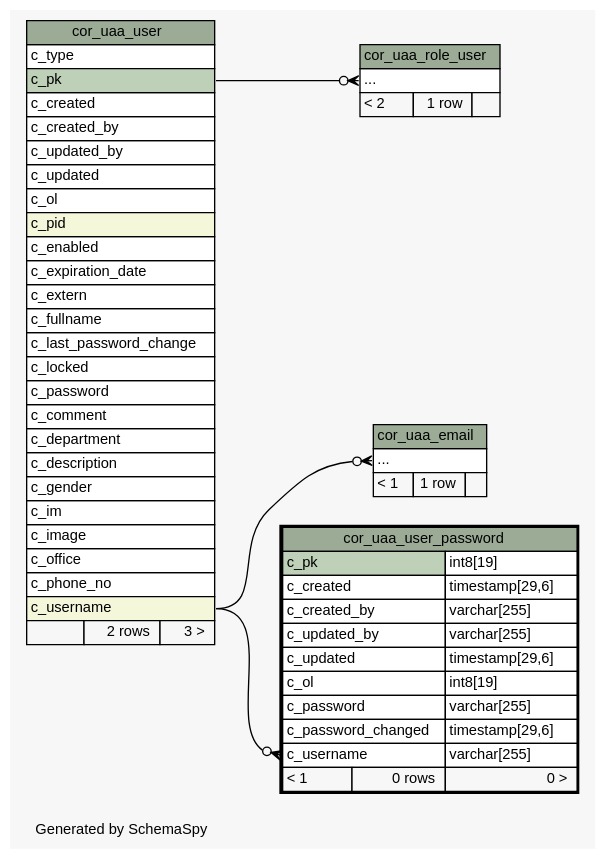
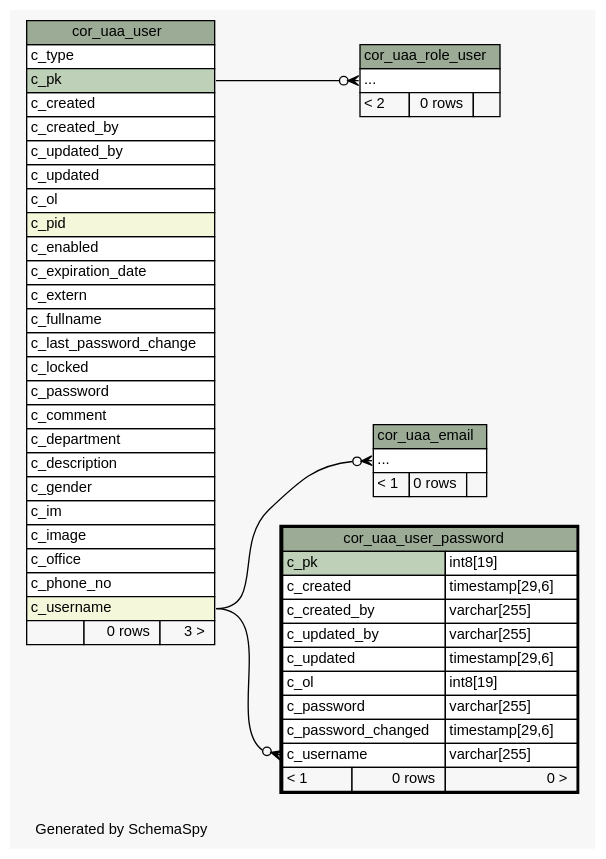
Before and after one commit to openwms/org.openwms.core.uaa: the diagram in 2.0.0-SNAPSHOT/schemaspy/diagrams/cor_uaa_user_password.2degrees.dot, drawn with Graphviz. The commit also changed 352 other files, not shown here.

```diff
--- a/2.0.0-SNAPSHOT/schemaspy/diagrams/cor_uaa_user_password.2degrees.dot
+++ b/2.0.0-SNAPSHOT/schemaspy/diagrams/cor_uaa_user_password.2degrees.dot
@@ -1,96 +1,96 @@
-// dot 2.43.0 on Linux 5.13.0-1029-azure
+// dot 2.43.0 on Linux 5.15.0-1020-azure
 // SchemaSpy rev Unknown
 digraph "twoDegreesRelationshipsDiagram" {
   graph [
     rankdir="RL"
     bgcolor="#f7f7f7"
     label="\nGenerated by SchemaSpy"
     labeljust="l"
     nodesep="0.18"
     ranksep="0.46"
     fontname="Helvetica"
     fontsize="11"
   ];
   node [
     fontname="Helvetica"
     fontsize="11"
     shape="plaintext"
   ];
   edge [
     arrowsize="0.8"
   ];
   "cor_uaa_email":"elipses":w -> "cor_uaa_user":"c_username":e [arrowhead=none dir=back arrowtail=crowodot];
   "cor_uaa_role_user":"elipses":w -> "cor_uaa_user":"c_pk":e [arrowhead=none dir=back arrowtail=crowodot];
   "cor_uaa_user_password":"c_username":w -> "cor_uaa_user":"c_username":e [arrowhead=none dir=back arrowtail=crowodot];
   "cor_uaa_email" [
     label=<
     <TABLE BORDER="0" CELLBORDER="1" CELLSPACING="0" BGCOLOR="#ffffff">
       <TR><TD COLSPAN="3" BGCOLOR="#9bab96" ALIGN="CENTER">cor_uaa_email</TD></TR>
       <TR><TD PORT="elipses" COLSPAN="3" ALIGN="LEFT">...</TD></TR>
-      <TR><TD ALIGN="LEFT" BGCOLOR="#f7f7f7">&lt; 1</TD><TD ALIGN="RIGHT" BGCOLOR="#f7f7f7">1 row</TD><TD ALIGN="RIGHT" BGCOLOR="#f7f7f7">  </TD></TR>
+      <TR><TD ALIGN="LEFT" BGCOLOR="#f7f7f7">&lt; 1</TD><TD ALIGN="RIGHT" BGCOLOR="#f7f7f7">0 rows</TD><TD ALIGN="RIGHT" BGCOLOR="#f7f7f7">  </TD></TR>
     </TABLE>>
     URL="cor_uaa_email.html"
     tooltip="cor_uaa_email"
   ];
   "cor_uaa_role_user" [
     label=<
     <TABLE BORDER="0" CELLBORDER="1" CELLSPACING="0" BGCOLOR="#ffffff">
       <TR><TD COLSPAN="3" BGCOLOR="#9bab96" ALIGN="CENTER">cor_uaa_role_user</TD></TR>
       <TR><TD PORT="elipses" COLSPAN="3" ALIGN="LEFT">...</TD></TR>
-      <TR><TD ALIGN="LEFT" BGCOLOR="#f7f7f7">&lt; 2</TD><TD ALIGN="RIGHT" BGCOLOR="#f7f7f7">1 row</TD><TD ALIGN="RIGHT" BGCOLOR="#f7f7f7">  </TD></TR>
+      <TR><TD ALIGN="LEFT" BGCOLOR="#f7f7f7">&lt; 2</TD><TD ALIGN="RIGHT" BGCOLOR="#f7f7f7">0 rows</TD><TD ALIGN="RIGHT" BGCOLOR="#f7f7f7">  </TD></TR>
     </TABLE>>
     URL="cor_uaa_role_user.html"
     tooltip="cor_uaa_role_user"
   ];
   "cor_uaa_user" [
     label=<
     <TABLE BORDER="0" CELLBORDER="1" CELLSPACING="0" BGCOLOR="#ffffff">
       <TR><TD COLSPAN="3" BGCOLOR="#9bab96" ALIGN="CENTER">cor_uaa_user</TD></TR>
       <TR><TD PORT="c_type" COLSPAN="3" ALIGN="LEFT">c_type</TD></TR>
       <TR><TD PORT="c_pk" COLSPAN="3" BGCOLOR="#bed1b8" ALIGN="LEFT">c_pk</TD></TR>
       <TR><TD PORT="c_created" COLSPAN="3" ALIGN="LEFT">c_created</TD></TR>
       <TR><TD PORT="c_created_by" COLSPAN="3" ALIGN="LEFT">c_created_by</TD></TR>
       <TR><TD PORT="c_updated_by" COLSPAN="3" ALIGN="LEFT">c_updated_by</TD></TR>
       <TR><TD PORT="c_updated" COLSPAN="3" ALIGN="LEFT">c_updated</TD></TR>
       <TR><TD PORT="c_ol" COLSPAN="3" ALIGN="LEFT">c_ol</TD></TR>
       <TR><TD PORT="c_pid" COLSPAN="3" BGCOLOR="#f4f7da" ALIGN="LEFT">c_pid</TD></TR>
       <TR><TD PORT="c_enabled" COLSPAN="3" ALIGN="LEFT">c_enabled</TD></TR>
       <TR><TD PORT="c_expiration_date" COLSPAN="3" ALIGN="LEFT">c_expiration_date</TD></TR>
       <TR><TD PORT="c_extern" COLSPAN="3" ALIGN="LEFT">c_extern</TD></TR>
       <TR><TD PORT="c_fullname" COLSPAN="3" ALIGN="LEFT">c_fullname</TD></TR>
       <TR><TD PORT="c_last_password_change" COLSPAN="3" ALIGN="LEFT">c_last_password_change</TD></TR>
       <TR><TD PORT="c_locked" COLSPAN="3" ALIGN="LEFT">c_locked</TD></TR>
       <TR><TD PORT="c_password" COLSPAN="3" ALIGN="LEFT">c_password</TD></TR>
       <TR><TD PORT="c_comment" COLSPAN="3" ALIGN="LEFT">c_comment</TD></TR>
       <TR><TD PORT="c_department" COLSPAN="3" ALIGN="LEFT">c_department</TD></TR>
       <TR><TD PORT="c_description" COLSPAN="3" ALIGN="LEFT">c_description</TD></TR>
       <TR><TD PORT="c_gender" COLSPAN="3" ALIGN="LEFT">c_gender</TD></TR>
       <TR><TD PORT="c_im" COLSPAN="3" ALIGN="LEFT">c_im</TD></TR>
       <TR><TD PORT="c_image" COLSPAN="3" ALIGN="LEFT">c_image</TD></TR>
       <TR><TD PORT="c_office" COLSPAN="3" ALIGN="LEFT">c_office</TD></TR>
       <TR><TD PORT="c_phone_no" COLSPAN="3" ALIGN="LEFT">c_phone_no</TD></TR>
       <TR><TD PORT="c_username" COLSPAN="3" BGCOLOR="#f4f7da" ALIGN="LEFT">c_username</TD></TR>
-      <TR><TD ALIGN="LEFT" BGCOLOR="#f7f7f7">  </TD><TD ALIGN="RIGHT" BGCOLOR="#f7f7f7">2 rows</TD><TD ALIGN="RIGHT" BGCOLOR="#f7f7f7">3 &gt;</TD></TR>
+      <TR><TD ALIGN="LEFT" BGCOLOR="#f7f7f7">  </TD><TD ALIGN="RIGHT" BGCOLOR="#f7f7f7">0 rows</TD><TD ALIGN="RIGHT" BGCOLOR="#f7f7f7">3 &gt;</TD></TR>
     </TABLE>>
     URL="cor_uaa_user.html"
     tooltip="cor_uaa_user"
   ];
   "cor_uaa_user_password" [
     label=<
     <TABLE BORDER="2" CELLBORDER="1" CELLSPACING="0" BGCOLOR="#ffffff">
       <TR><TD COLSPAN="3" BGCOLOR="#9bab96" ALIGN="CENTER">cor_uaa_user_password</TD></TR>
       <TR><TD PORT="c_pk" COLSPAN="2" BGCOLOR="#bed1b8" ALIGN="LEFT">c_pk</TD><TD PORT="c_pk.type" ALIGN="LEFT">int8[19]</TD></TR>
       <TR><TD PORT="c_created" COLSPAN="2" ALIGN="LEFT">c_created</TD><TD PORT="c_created.type" ALIGN="LEFT">timestamp[29,6]</TD></TR>
       <TR><TD PORT="c_created_by" COLSPAN="2" ALIGN="LEFT">c_created_by</TD><TD PORT="c_created_by.type" ALIGN="LEFT">varchar[255]</TD></TR>
       <TR><TD PORT="c_updated_by" COLSPAN="2" ALIGN="LEFT">c_updated_by</TD><TD PORT="c_updated_by.type" ALIGN="LEFT">varchar[255]</TD></TR>
       <TR><TD PORT="c_updated" COLSPAN="2" ALIGN="LEFT">c_updated</TD><TD PORT="c_updated.type" ALIGN="LEFT">timestamp[29,6]</TD></TR>
       <TR><TD PORT="c_ol" COLSPAN="2" ALIGN="LEFT">c_ol</TD><TD PORT="c_ol.type" ALIGN="LEFT">int8[19]</TD></TR>
       <TR><TD PORT="c_password" COLSPAN="2" ALIGN="LEFT">c_password</TD><TD PORT="c_password.type" ALIGN="LEFT">varchar[255]</TD></TR>
       <TR><TD PORT="c_password_changed" COLSPAN="2" ALIGN="LEFT">c_password_changed</TD><TD PORT="c_password_changed.type" ALIGN="LEFT">timestamp[29,6]</TD></TR>
       <TR><TD PORT="c_username" COLSPAN="2" ALIGN="LEFT">c_username</TD><TD PORT="c_username.type" ALIGN="LEFT">varchar[255]</TD></TR>
       <TR><TD ALIGN="LEFT" BGCOLOR="#f7f7f7">&lt; 1</TD><TD ALIGN="RIGHT" BGCOLOR="#f7f7f7">0 rows</TD><TD ALIGN="RIGHT" BGCOLOR="#f7f7f7">0 &gt;</TD></TR>
     </TABLE>>
     URL="cor_uaa_user_password.html"
     tooltip="cor_uaa_user_password"
   ];
 }
```
